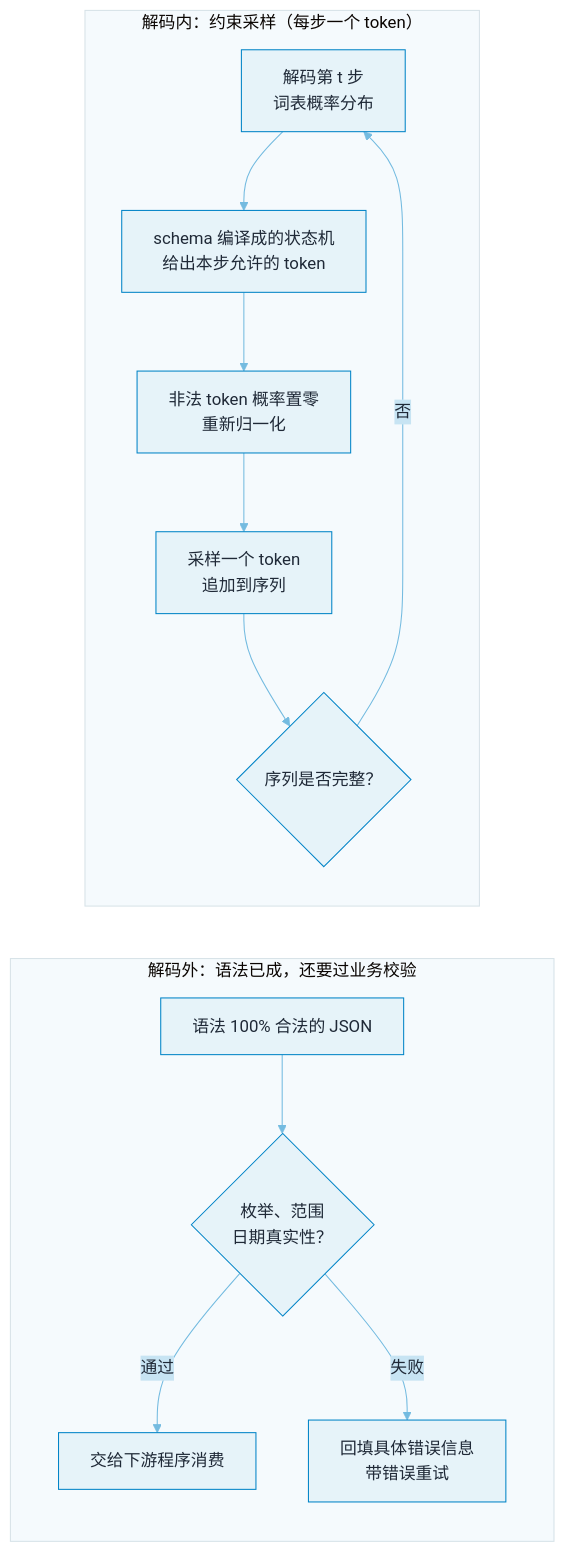
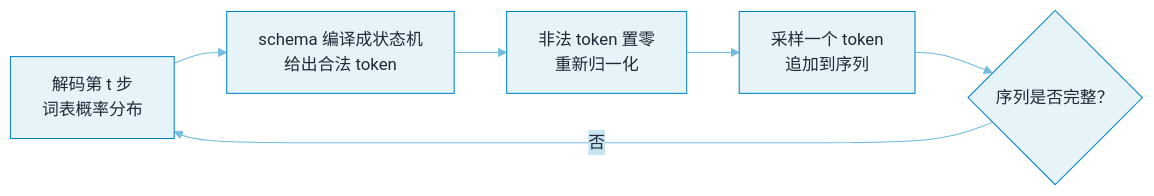
Before and after one commit to funny8kids/ai-agent-handbook: the first of 2 diagrams in docs/04-prompt-reasoning/structured-output.md, drawn with Mermaid. The commit also changed other lines of this file and 39 other files, not shown here.

First line of the commit message:
Round 15: re-measure all diagrams on GitBook's real mermaid version (11.14.0)

````diff
--- a/docs/04-prompt-reasoning/structured-output.md
+++ b/docs/04-prompt-reasoning/structured-output.md
@@ -66,16 +66,9 @@
 ```mermaid
 %%{init: {"theme":"base","themeVariables":{"primaryColor":"#E6F3F9","primaryBorderColor":"#0284C7","primaryTextColor":"#1F2937","secondaryColor":"#C7E4F3","tertiaryColor":"#F5FAFD","lineColor":"#74BBE0","actorBkg":"#EBF5FB","actorBorder":"#0284C7","actorTextColor":"#1F2937","signalColor":"#4EA9D8","noteBkgColor":"#D1E9F5","noteBorderColor":"#0284C7","noteTextColor":"#1F2937","labelBoxBkgColor":"#E6F3F9","labelBoxBorderColor":"#0284C7"}}}%%
 flowchart LR
-  subgraph VAL["解码外：语法已成，还要过业务校验"]
-    F["语法 100% 合法的 JSON"] --> G{"枚举、范围<br/>日期真实性？"}
-    G -->|"通过"| H["交给下游程序消费"]
-    G -->|"失败"| I["回填具体错误信息<br/>带错误重试"]
-  end
-  subgraph DEC["解码内：约束采样（每步一个 token）"]
-    A["解码第 t 步<br/>词表概率分布"] --> B["schema 编译成的状态机<br/>给出本步允许的 token"]
-    B --> C["非法 token 概率置零<br/>重新归一化"]
-    C --> D["采样一个 token<br/>追加到序列"]
-    D --> E{"序列是否完整？"}
-    E -->|"否"| A
-  end
+  A["解码第 t 步<br/>词表概率分布"] --> B["schema 编译成状态机<br/>给出合法 token"]
+  B --> C["非法 token 置零<br/>重新归一化"]
+  C --> D["采样一个 token<br/>追加到序列"]
+  D --> E{"序列是否完整？"}
+  E -->|"否"| A
 ```
````
